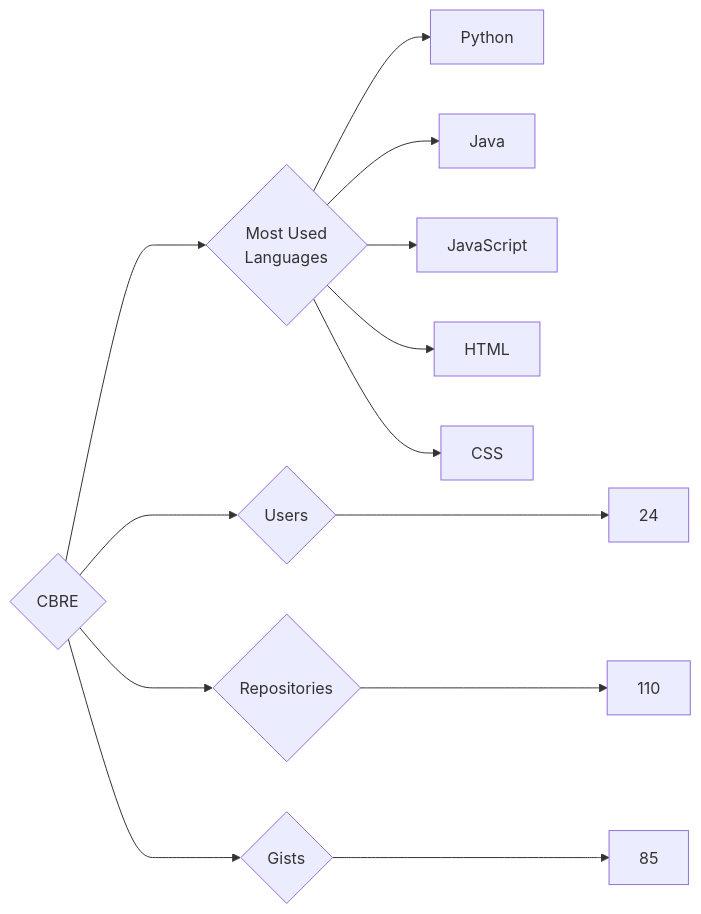
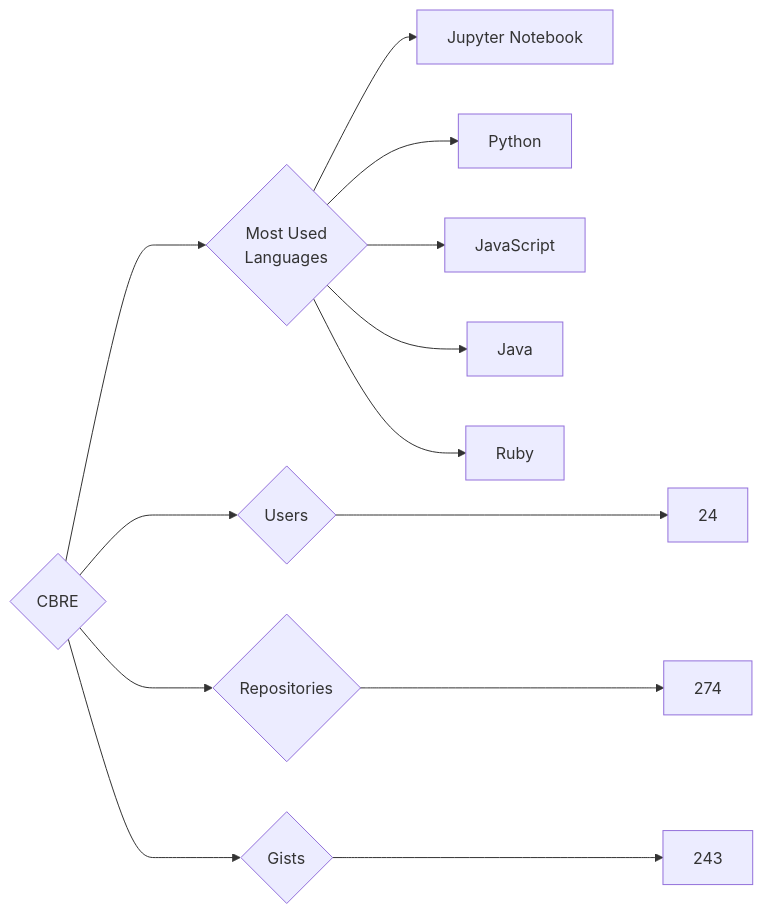
Before and after one commit to trickest/insiders: the diagram in targets/CBRE/README.md, drawn with Mermaid. The commit also changed 639 other files, not shown here.

````diff
--- a/targets/CBRE/README.md
+++ b/targets/CBRE/README.md
@@ -3,13 +3,13 @@
 ```mermaid
 graph LR
 COMPANY_NAME{CBRE}
 COMPANY_NAME ---> U{Users} ---> UN[24]
-COMPANY_NAME ---> R{Repositories} ---> RN[110]
-COMPANY_NAME ---> G{Gists} ---> GN[85]
+COMPANY_NAME ---> R{Repositories} ---> RN[274]
+COMPANY_NAME ---> G{Gists} ---> GN[243]
 COMPANY_NAME ---> ML{Most Used<br>Languages}
+ML --> Jupyter_Notebook[Jupyter Notebook]
 ML --> Python[Python]
+ML --> JavaScript[JavaScript]
 ML --> Java[Java]
-ML --> JavaScript[JavaScript]
-ML --> HTML[HTML]
-ML --> CSS[CSS]
+ML --> Ruby[Ruby]
 ```
````
